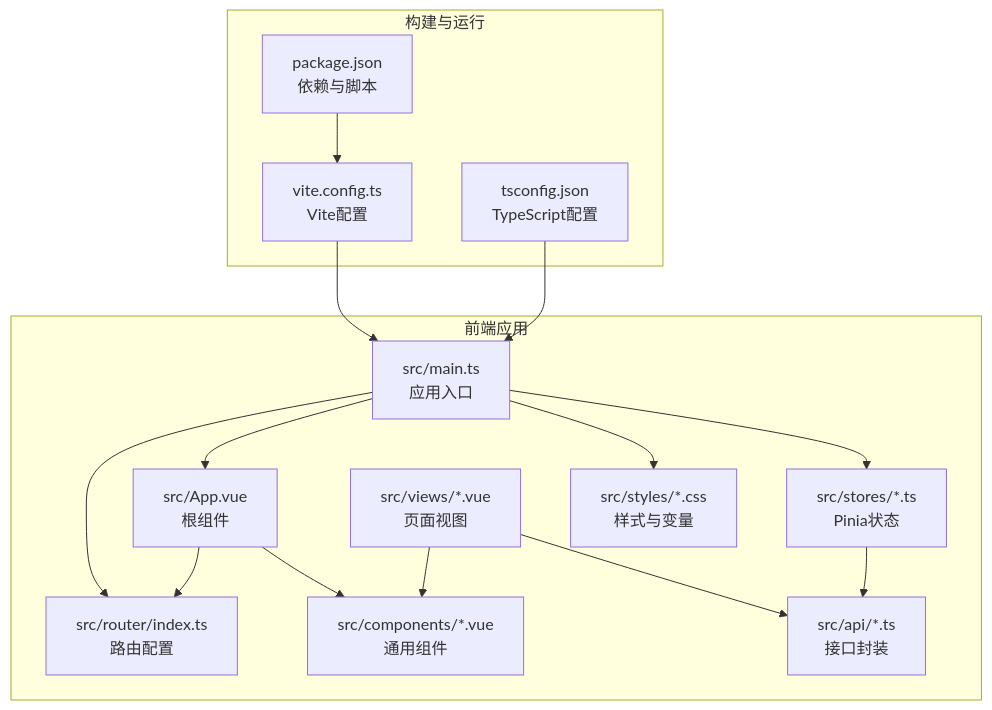
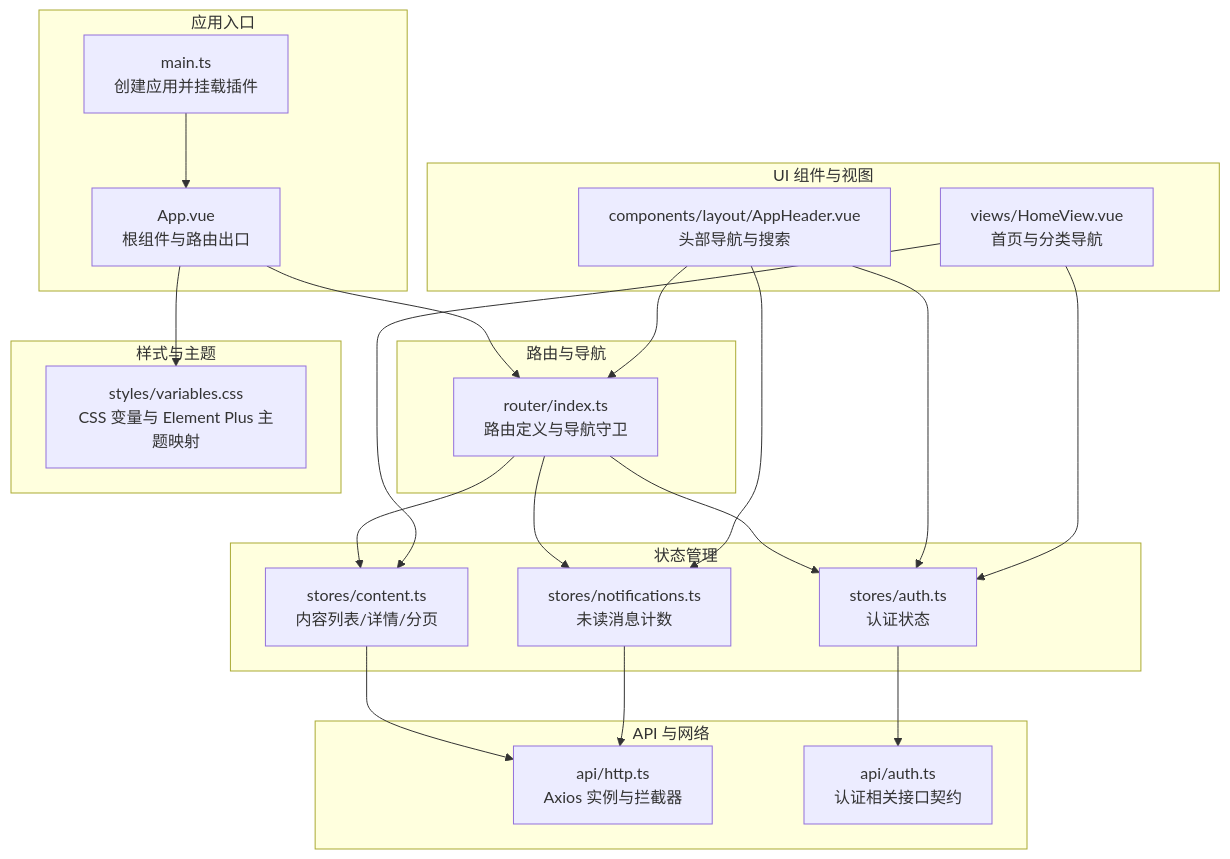
Before and after one commit to koala-xiong/communication-qoder: the first of 7 diagrams in .qoder/repowiki/zh/content/前端架构设计/前端架构设计.md, drawn with Mermaid. The commit also changed other lines of this file and 73 other files, not shown here.

````diff
--- a/.qoder/repowiki/zh/content/前端架构设计/前端架构设计.md
+++ b/.qoder/repowiki/zh/content/前端架构设计/前端架构设计.md
@@ -75,30 +40,40 @@
 ```mermaid
 graph TB
-subgraph "前端应用"
-A["src/main.ts<br/>应用入口"]
-B["src/App.vue<br/>根组件"]
-C["src/router/index.ts<br/>路由配置"]
-D["src/stores/*.ts<br/>Pinia状态"]
-E["src/components/*.vue<br/>通用组件"]
-F["src/views/*.vue<br/>页面视图"]
-G["src/api/*.ts<br/>接口封装"]
-H["src/styles/*.css<br/>样式与变量"]
+subgraph "应用入口"
+MAIN["main.ts<br/>创建应用并挂载插件"]
+APP["App.vue<br/>根组件与路由出口"]
 end
-subgraph "构建与运行"
-V["vite.config.ts<br/>Vite配置"]
-P["package.json<br/>依赖与脚本"]
-T["tsconfig.json<br/>TypeScript配置"]
+subgraph "路由与导航"
+ROUTER["router/index.ts<br/>路由定义与导航守卫"]
 end
-A --> B
-A --> C
-A --> D
-A --> H
-B --> C
-B --> E
-F --> E
-F --> G
-D --> G
-V --> A
-P --> V
-T --> A
+subgraph "状态管理"
+AUTHSTORE["stores/auth.ts<br/>认证状态"]
+CONTENTSTORE["stores/content.ts<br/>内容列表/详情/分页"]
+NOTISTORE["stores/notifications.ts<br/>未读消息计数"]
+end
+subgraph "API 与网络"
+HTTP["api/http.ts<br/>Axios 实例与拦截器"]
+AUTHAPI["api/auth.ts<br/>认证相关接口契约"]
+end
+subgraph "UI 组件与视图"
+HEADER["components/layout/AppHeader.vue<br/>头部导航与搜索"]
+HOME["views/HomeView.vue<br/>首页与分类导航"]
+end
+subgraph "样式与主题"
+VARS["styles/variables.css<br/>CSS 变量与 Element Plus 主题映射"]
+end
+MAIN --> APP
+APP --> ROUTER
+ROUTER --> AUTHSTORE
+ROUTER --> CONTENTSTORE
+ROUTER --> NOTISTORE
+AUTHSTORE --> AUTHAPI
+CONTENTSTORE --> HTTP
+NOTISTORE --> HTTP
+HEADER --> ROUTER
+HEADER --> AUTHSTORE
+HEADER --> NOTISTORE
+HOME --> CONTENTSTORE
+HOME --> AUTHSTORE
+APP --> VARS
 ```
````
